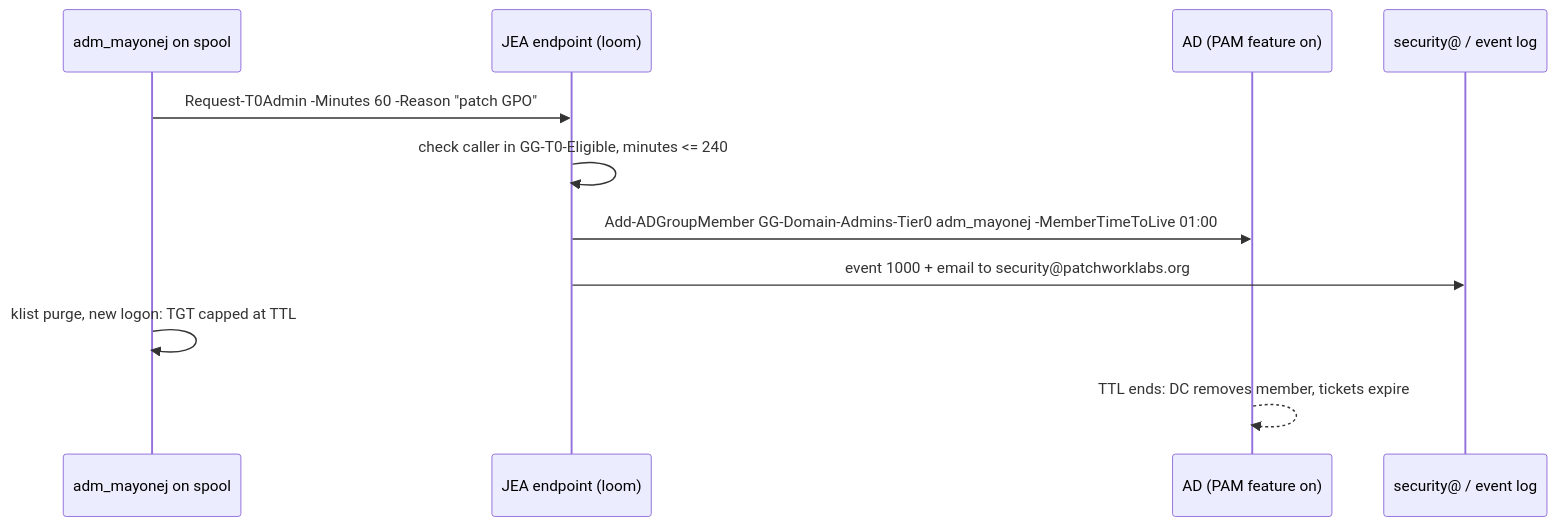
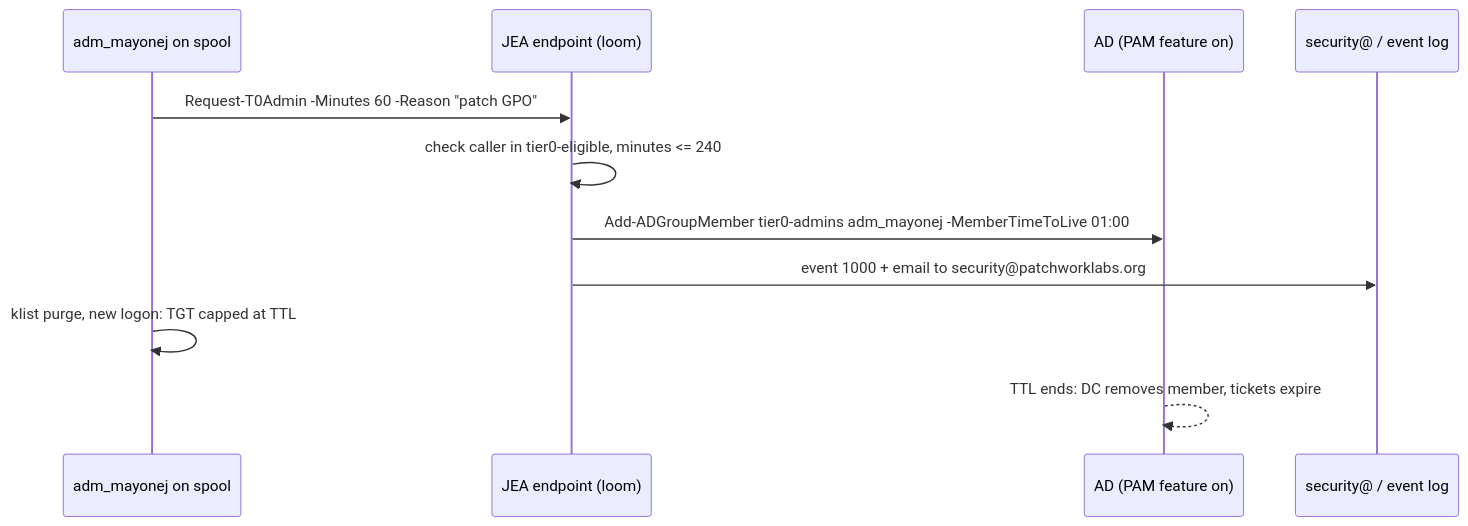
Before and after one commit to patchworklabsorg/infra: the third of 4 diagrams in ad/TIERING.md, drawn with Mermaid. The commit also changed other lines of this file and 13 other files, not shown here.

````diff
--- a/ad/TIERING.md
+++ b/ad/TIERING.md
@@ -318,13 +318,13 @@
 ```mermaid
 sequenceDiagram
   participant A as adm_mayonej on spool
   participant E as JEA endpoint (loom)
   participant D as AD (PAM feature on)
   participant N as security@ / event log
   A->>E: Request-T0Admin -Minutes 60 -Reason "patch GPO"
-  E->>E: check caller in GG-T0-Eligible, minutes <= 240
-  E->>D: Add-ADGroupMember GG-Domain-Admins-Tier0 adm_mayonej -MemberTimeToLive 01:00
+  E->>E: check caller in tier0-eligible, minutes <= 240
+  E->>D: Add-ADGroupMember tier0-admins adm_mayonej -MemberTimeToLive 01:00
   E->>N: event 1000 + email to security@patchworklabs.org
   A->>A: klist purge, new logon: TGT capped at TTL
   D-->>D: TTL ends: DC removes member, tickets expire
 ```
````
